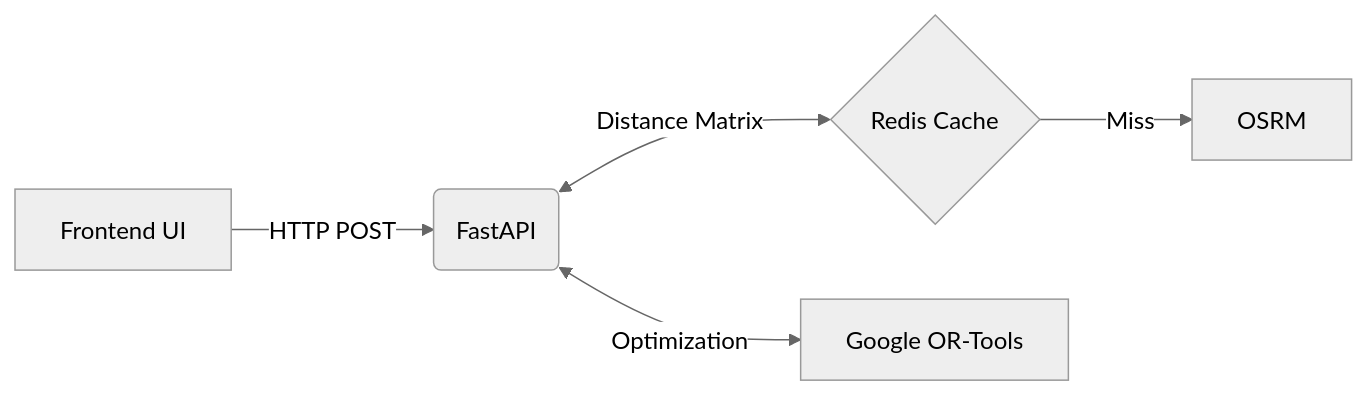
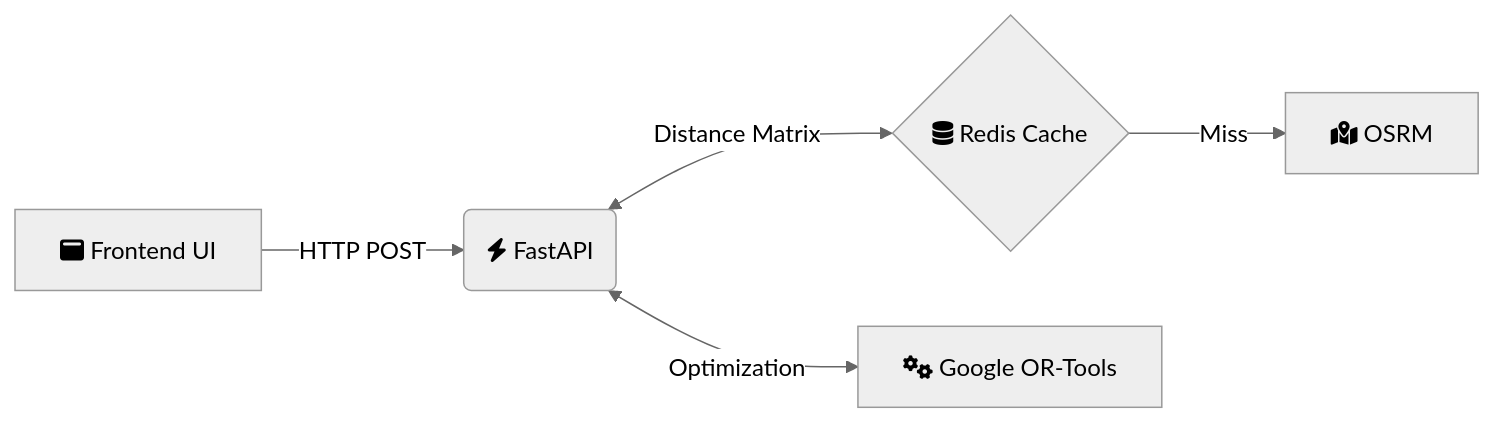
Before and after one commit to naina-sriv/RouteIQ: the diagram in README.md, drawn with Mermaid (neutral theme). The commit also changed other lines of this file and 1 other file, not shown here.

Commit message:
docs: add project logo to README and update mermaid architecture diagram with icons

````diff
--- a/README.md
+++ b/README.md
@@ -40,7 +42,7 @@
 ```mermaid
 flowchart LR
-    Client[Frontend UI] -->|HTTP POST| API(FastAPI)
-    API <-->|Distance Matrix| Cache{Redis Cache}
-    Cache -- Miss --> Routing[OSRM]
-    API <-->|Optimization| Solver[Google OR-Tools]
+    Client[fa:fa-window-maximize Frontend UI] -->|HTTP POST| API(fa:fa-bolt FastAPI)
+    API <-->|Distance Matrix| Cache{fa:fa-database Redis Cache}
+    Cache -- Miss --> Routing[fa:fa-map-marked-alt OSRM]
+    API <-->|Optimization| Solver[fa:fa-cogs Google OR-Tools]
 ```
````
